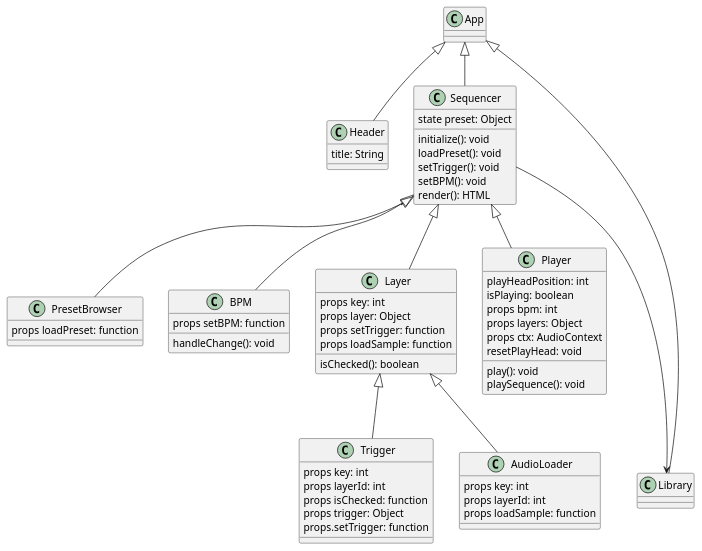
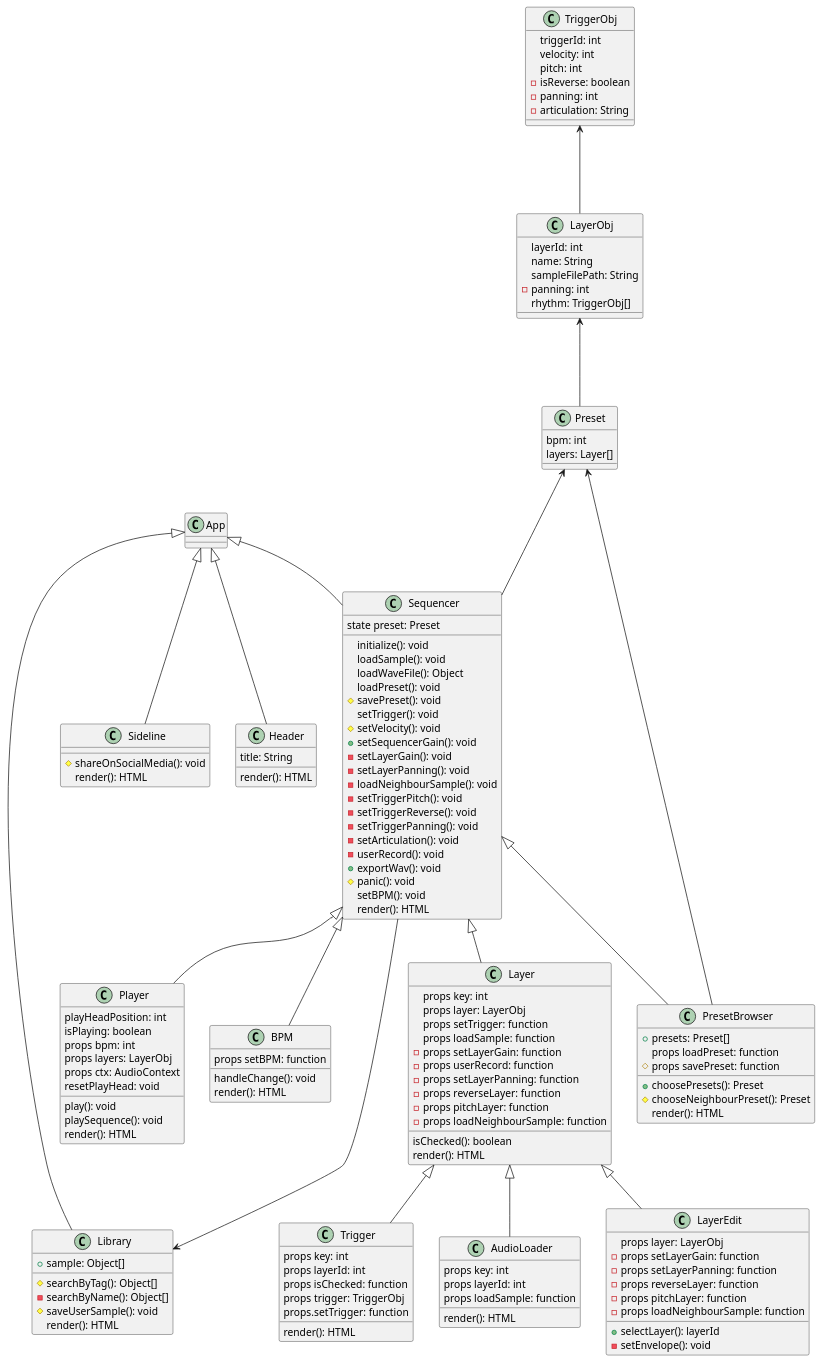
Before and after one commit to jakobgetz/TheAudioMachine: the diagram in the-audio-mashine/src/Global_UML.puml, drawn with PlantUML. The commit also changed 4 other files, not shown here.

Commit message:
These are Global-Uml and Css changes

```diff
--- a/the-audio-mashine/src/Global_UML.puml
+++ b/the-audio-mashine/src/Global_UML.puml
@@ -1,62 +1,143 @@
 @startuml
 class App
 
 class Header extends App {
-title: String
+    title: String
+    render(): HTML
 }
 
 class Sequencer extends App {
-state preset: Object
-initialize(): void
-loadPreset(): void
-setTrigger(): void
-setBPM(): void
-render(): HTML
+    state preset: Preset
+    initialize(): void
+    loadSample(): void
+    loadWaveFile(): Object
+    loadPreset(): void
+    #savePreset(): void
+    setTrigger(): void
+    #setVelocity(): void
+    +setSequencerGain(): void
+    -setLayerGain(): void
+    -setLayerPanning(): void
+    -loadNeighbourSample(): void
+    -setTriggerPitch(): void
+    -setTriggerReverse(): void
+    -setTriggerPanning(): void
+    -setArticulation(): void
+    -userRecord(): void
+    +exportWav(): void
+    #panic(): void
+    setBPM(): void
+    render(): HTML
+
 }
 
 class PresetBrowser extends Sequencer {
-props loadPreset: function
+    +presets: Preset[]
+    props loadPreset: function
+    #props savePreset: function
+    +choosePresets(): Preset
+    #chooseNeighbourPreset(): Preset
+    render(): HTML
 }
 
 class BPM extends Sequencer {
-props setBPM: function
-handleChange(): void
+    props setBPM: function
+    handleChange(): void
+    render(): HTML
 }
 
 class Layer extends Sequencer {
-props key: int
-props layer: Object
-props setTrigger: function
-props loadSample: function
-isChecked(): boolean
+    props key: int
+    props layer: LayerObj
+    props setTrigger: function
+    props loadSample: function
+    -props setLayerGain: function
+    -props userRecord: function
+    -props setLayerPanning: function
+    -props reverseLayer: function
+    -props pitchLayer: function
+    -props loadNeighbourSample: function
+    isChecked(): boolean
+    render(): HTML
+}
+
+class LayerEdit extends Layer {
+    props layer: LayerObj
+    -props setLayerGain: function
+    -props setLayerPanning: function
+    -props reverseLayer: function
+    -props pitchLayer: function
+    -props loadNeighbourSample: function
+    +selectLayer(): layerId
+    -setEnvelope(): void
 }
 
 class Trigger extends Layer {
-props key: int
-props layerId: int
-props isChecked: function
-props trigger: Object
-props.setTrigger: function
+    props key: int
+    props layerId: int
+    props isChecked: function
+    props trigger: TriggerObj
+    props.setTrigger: function
+    render(): HTML
 }
 
 class AudioLoader extends Layer {
-props key: int
-props layerId: int
-props loadSample: function
+    props key: int
+    props layerId: int
+    props loadSample: function
+    render(): HTML
 }
 
 class Player extends Sequencer {
-playHeadPosition: int
-isPlaying: boolean
-props bpm: int
-props layers: Object
-props ctx: AudioContext
-play(): void
-playSequence(): void
-resetPlayHead: void
+    playHeadPosition: int
+    isPlaying: boolean
+    props bpm: int
+    props layers: LayerObj
+    props ctx: AudioContext
+    play(): void
+    playSequence(): void
+    resetPlayHead: void
+    render(): HTML
 }
 
-class Library extends App
+class Library extends App {
+    +sample: Object[]
+    #searchByTag(): Object[]
+    -searchByName(): Object[]
+    #saveUserSample(): void
+    render(): HTML
+}
+
+class Sideline extends App {
+    #shareOnSocialMedia(): void
+    render(): HTML
+}
+
+class Preset {
+    bpm: int
+    layers: Layer[]
+}
+
+class LayerObj {
+    layerId: int
+    name: String
+    sampleFilePath: String
+    -panning: int
+    rhythm: TriggerObj[]
+}
+
+class TriggerObj {
+    triggerId: int
+    velocity: int
+    pitch: int
+    -isReverse: boolean
+    -panning: int
+    -articulation: String
+}
 
 Sequencer ---> Library
+Preset <--- Sequencer
+Preset <--- PresetBrowser
+LayerObj <--- Preset
+TriggerObj <--- LayerObj
 @enduml
```
